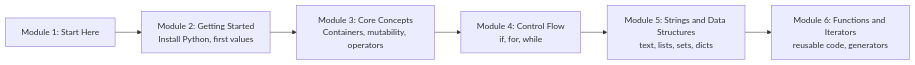
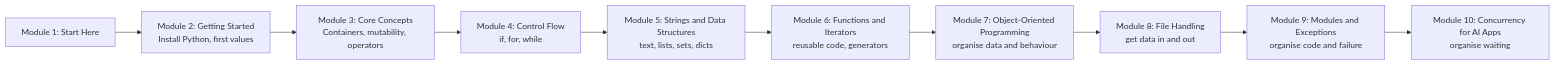
The diagram in courses/python-programming/01-start-here/how-this-course-works.md (sourabh1996/sourabh1996.github.io), drawn with Mermaid before and after one commit. The commit also changed other lines of this file and 58 other files, not shown here.

````diff
--- a/courses/python-programming/01-start-here/how-this-course-works.md
+++ b/courses/python-programming/01-start-here/how-this-course-works.md
@@ -42,8 +50,12 @@
 ```mermaid
 flowchart LR
   A["Module 1: Start Here"] --> B["Module 2: Getting Started<br/>Install Python, first values"]
   B --> C["Module 3: Core Concepts<br/>Containers, mutability, operators"]
   C --> D["Module 4: Control Flow<br/>if, for, while"]
   D --> E["Module 5: Strings and Data Structures<br/>text, lists, sets, dicts"]
   E --> F["Module 6: Functions and Iterators<br/>reusable code, generators"]
+  F --> G["Module 7: Object-Oriented Programming<br/>organise data and behaviour"]
+  G --> H["Module 8: File Handling<br/>get data in and out"]
+  H --> I["Module 9: Modules and Exceptions<br/>organise code and failure"]
+  I --> J["Module 10: Concurrency for AI Apps<br/>organise waiting"]
 ```
````
